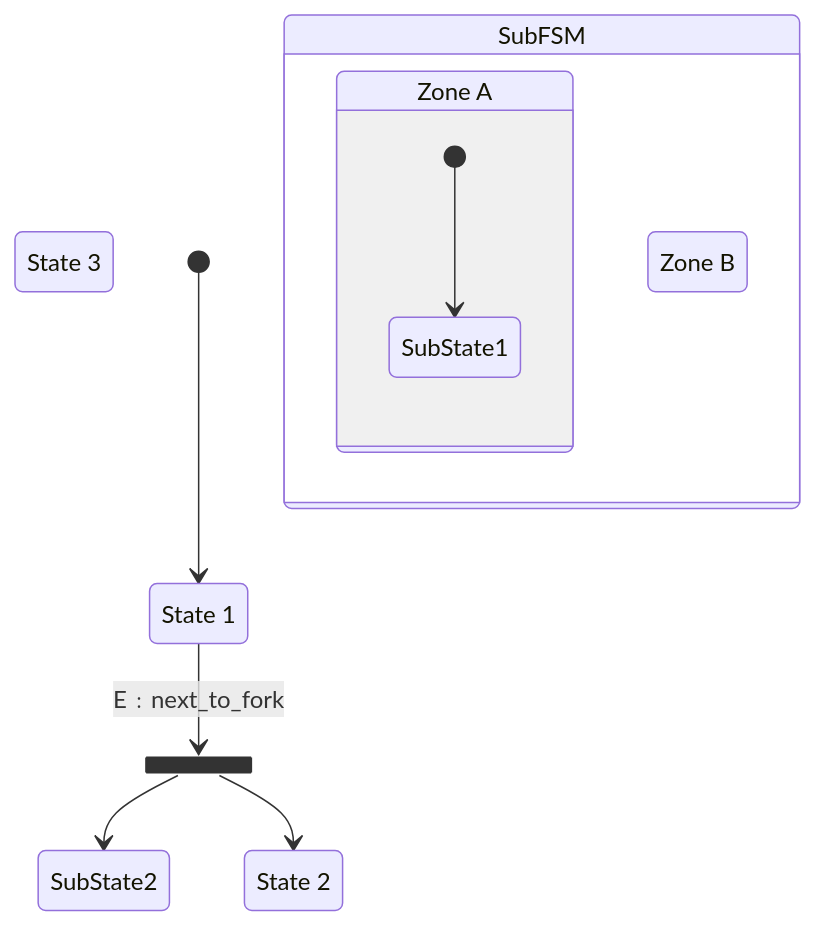
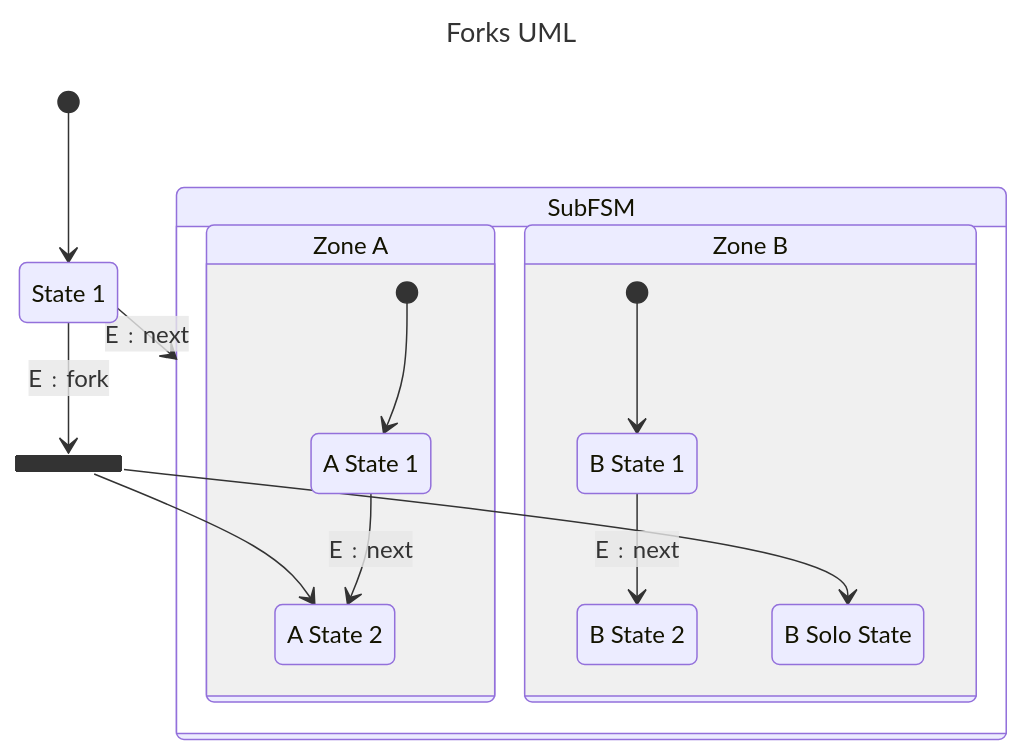
The seventh of 9 diagrams in Programming Pattern/Behavioral Pattern/State.md (tongmon/fundamental-practice), drawn with Mermaid before and after one commit. The commit also changed other lines of this file, not shown here.

````diff
--- a/Programming Pattern/Behavioral Pattern/State.md
+++ b/Programming Pattern/Behavioral Pattern/State.md
@@ -1602,21 +1593,36 @@
 ```mermaid
+---
+title : Forks UML
+---
+
 stateDiagram-v2
     State1: State 1
-    State2: State 2
-    State3: State 3
 
     [*] --> State1
 
     state SubFSM {
         ZoneA : Zone A
         ZoneB : Zone B
         state ZoneA {
-            [*] --> SubState1
+            direction BT
+            AState1 : A State 1
+            AState2 : A State 2
+            [*] --> AState1
+            AState1 --> AState2 : E﹕next
+        }
+        state ZoneB {
+            BState1 : B State 1
+            BState2 : B State 2
+            BSoloState : B Solo State
+            [*] --> BState1
+            BState1 --> BState2 : E﹕next
         }
     }
 
+    State1 --> SubFSM : E﹕next
+
     state Fork <<fork>>
-        State1 --> Fork: E﹕next_to_fork
-        Fork --> SubState2
-        Fork --> State2
+        State1 --> Fork : E﹕fork
+        Fork --> AState2
+        Fork --> BSoloState
 ```
````
